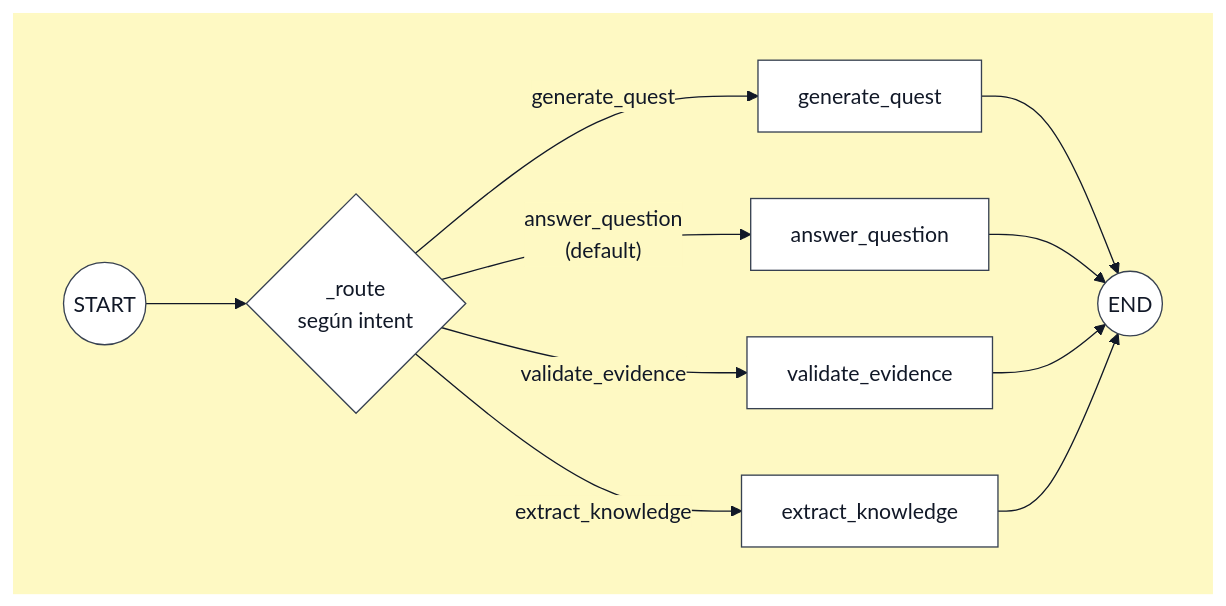
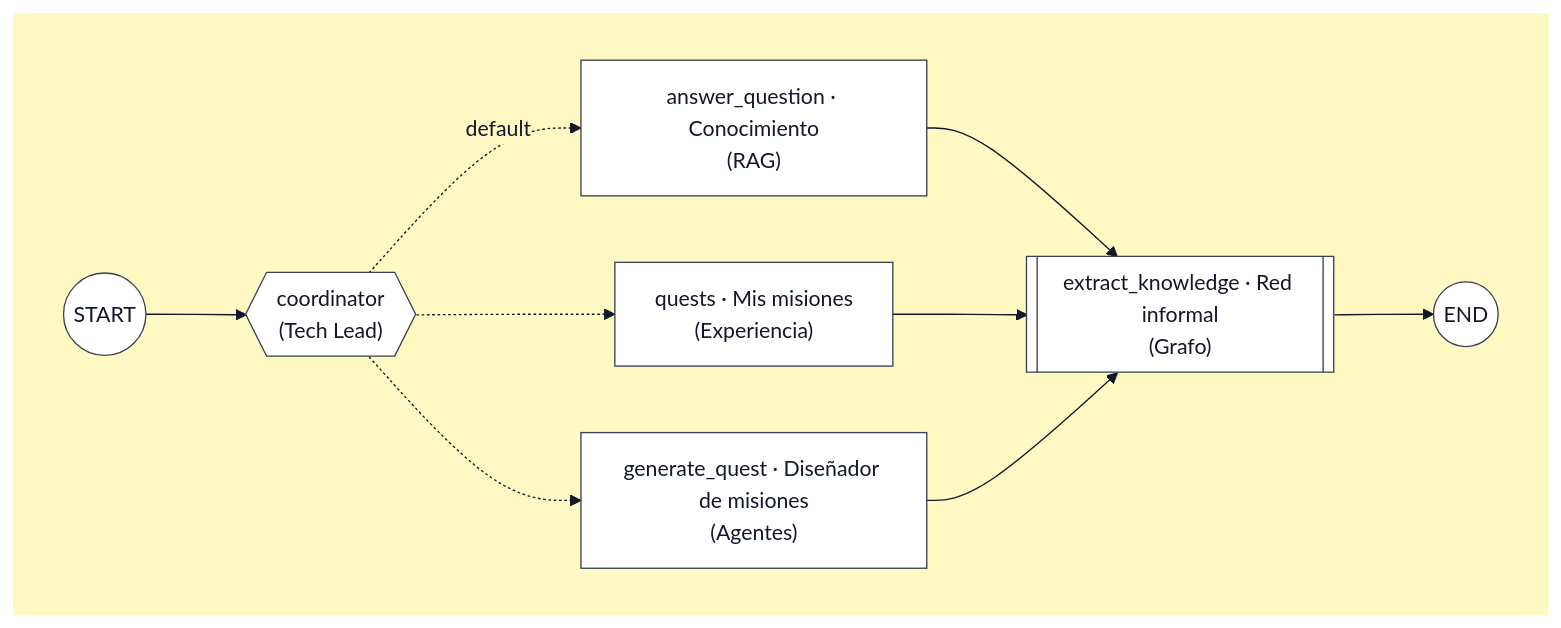
Before and after one commit to eruann/IAA-2026-onboarding-con-agentes: the third of 8 diagrams in docs/diagramas.md, drawn with Mermaid. The commit also changed other lines of this file and 64 other files, not shown here.

````diff
--- a/docs/diagramas.md
+++ b/docs/diagramas.md
@@ -257,44 +260,43 @@
 ```mermaid
 %%{init: {
   "theme": "base",
   "themeVariables": {
     "background": "#fef9c3",
     "primaryColor": "#ffffff",
     "primaryTextColor": "#111827",
     "primaryBorderColor": "#374151",
     "secondaryColor": "#fde68a",
     "tertiaryColor": "#fffbeb",
     "lineColor": "#111827",
     "textColor": "#111827",
     "clusterBkg": "#fef3c7",
     "clusterBorder": "#b45309",
     "edgeLabelBackground": "#fef9c3",
     "noteBkgColor": "#fde68a",
     "noteTextColor": "#111827",
     "actorBkg": "#ffffff",
     "actorBorder": "#374151",
     "actorTextColor": "#111827",
     "actorLineColor": "#374151",
     "signalColor": "#111827",
     "signalTextColor": "#111827",
     "labelBoxBkgColor": "#ffffff",
     "labelTextColor": "#111827",
     "loopTextColor": "#111827"
   }
 }}%%
 flowchart LR
   %% Recuadro amarillo: fondo fijo, igual en editores claros y oscuros
   subgraph FONDO[" "]
     direction LR
-    S((START)) --> R{"_route<br/>según intent"}
-    R -- generate_quest --> GQ["generate_quest"]
-    R -- "answer_question<br/>(default)" --> AQ["answer_question"]
-    R -- validate_evidence --> VE["validate_evidence"]
-    R -- extract_knowledge --> EK["extract_knowledge"]
-    GQ --> E((END))
-    AQ --> E
-    VE --> E
-    EK --> E
+    S((START)) --> R{{"coordinator<br/>(Tech Lead)"}}
+    R -. "default" .-> AQ["answer_question · Conocimiento<br/>(RAG)"]
+    R -.-> QU["quests · Mis misiones<br/>(Experiencia)"]
+    R -.-> GQ["generate_quest · Diseñador de misiones<br/>(Agentes)"]
+    AQ --> EK[["extract_knowledge · Red informal<br/>(Grafo)"]]
+    QU --> EK
+    GQ --> EK
+    EK --> E((END))
   end
   style FONDO fill:#fef9c3,stroke:#fef9c3
 ```
````
